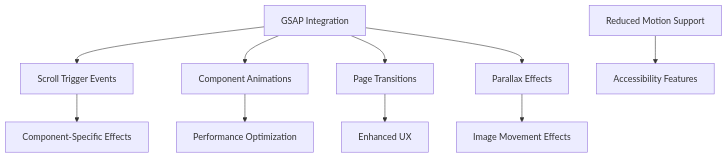
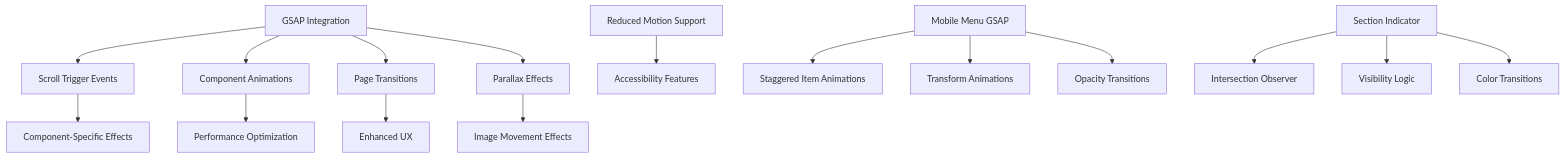
One commit to rakeshmaity271/frankie-picasso changed the tenth of 14 diagrams in .qoder/repowiki/en/content/Application Architecture.md. Above: the diagram before and after it, drawn with Mermaid. The commit also changed other lines of this file and 27 other files, not shown here.

````diff
--- a/.qoder/repowiki/en/content/Application Architecture.md
+++ b/.qoder/repowiki/en/content/Application Architecture.md
@@ -582,12 +828,18 @@
 ```mermaid
 flowchart TD
 GSAP["GSAP Integration"] --> ScrollTrigger["Scroll Trigger Events"]
 GSAP --> Animations["Component Animations"]
 GSAP --> Transitions["Page Transitions"]
 GSAP --> Parallax["Parallax Effects"]
 ScrollTrigger --> ComponentEffects["Component-Specific Effects"]
 Animations --> Performance["Performance Optimization"]
 Transitions --> UserExperience["Enhanced UX"]
 Parallax --> ImageEffects["Image Movement Effects"]
 ReducedMotion["Reduced Motion Support"] --> Accessibility["Accessibility Features"]
+MobileMenu["Mobile Menu GSAP"] --> StaggeredAnim["Staggered Item Animations"]
+MobileMenu --> TransformAnim["Transform Animations"]
+MobileMenu --> OpacityAnim["Opacity Transitions"]
+SectionIndicator["Section Indicator"] --> IntersectionObs["Intersection Observer"]
+SectionIndicator --> VisibilityLogic["Visibility Logic"]
+SectionIndicator --> ColorTransitions["Color Transitions"]
 ```
````
